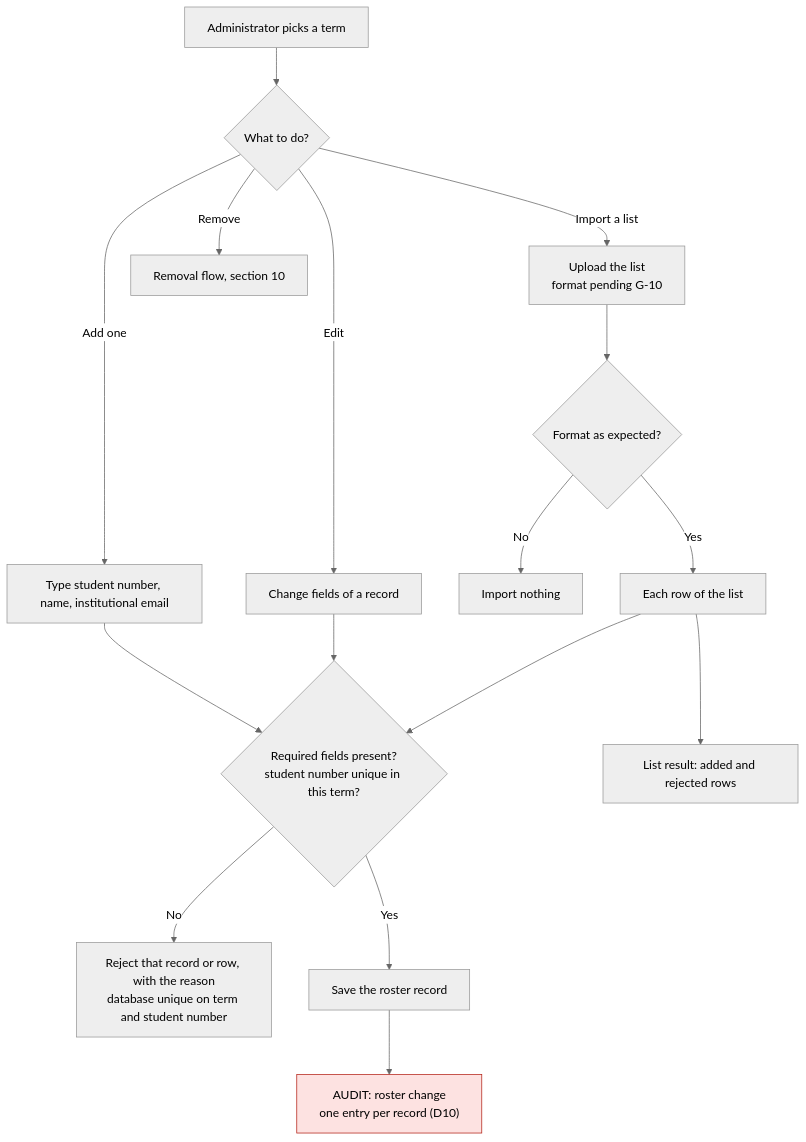
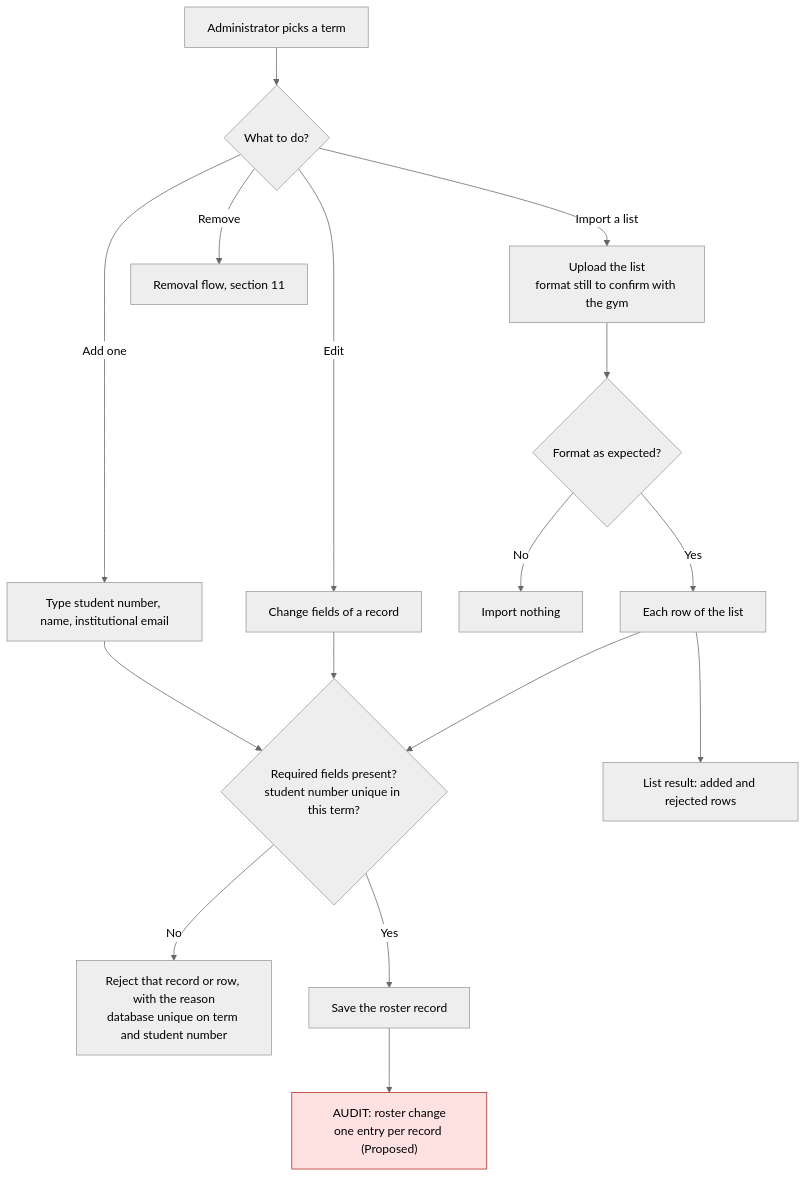
One commit to Th3-Minorities/natatorio-gym-app changed the tenth of 17 diagrams in docs/design/admin-flows.md. Above: the diagram before and after it, drawn with Mermaid (neutral theme). The commit also changed other lines of this file, not shown here.

Commit message:
Add the recovery code flow and the PIN version to the admin flows

````diff
--- a/docs/design/admin-flows.md
+++ b/docs/design/admin-flows.md
@@ -219,21 +282,21 @@
 ```mermaid
 flowchart TD
   A0["Administrator picks a term"] --> A1{"What to do?"}
   A1 -->|"Add one"| A2["Type student number, name, institutional email"]
-  A1 -->|"Import a list"| A3["Upload the list<br/>format pending G-10"]
+  A1 -->|"Import a list"| A3["Upload the list<br/>format still to confirm with the gym"]
   A1 -->|"Edit"| A4["Change fields of a record"]
-  A1 -->|"Remove"| A9["Removal flow, section 10"]
+  A1 -->|"Remove"| A9["Removal flow, section 11"]
   A3 --> A5{"Format as expected?"}
   A5 -->|"No"| A6["Import nothing"]
   A5 -->|"Yes"| A7["Each row of the list"]
   A2 --> V1{"Required fields present?<br/>student number unique in this term?"}
   A4 --> V1
   A7 --> V1
   V1 -->|"No"| V2["Reject that record or row, with the reason<br/>database unique on term and student number"]
   V1 -->|"Yes"| V3["Save the roster record"]
-  V3 --> AU["AUDIT: roster change<br/>one entry per record (D10)"]
+  V3 --> AU["AUDIT: roster change<br/>one entry per record (Proposed)"]
   A7 --> RL["List result: added and rejected rows"]
 
   classDef audit fill:#fde2e1,stroke:#b42318,color:#000
   class AU audit
 ```
````
